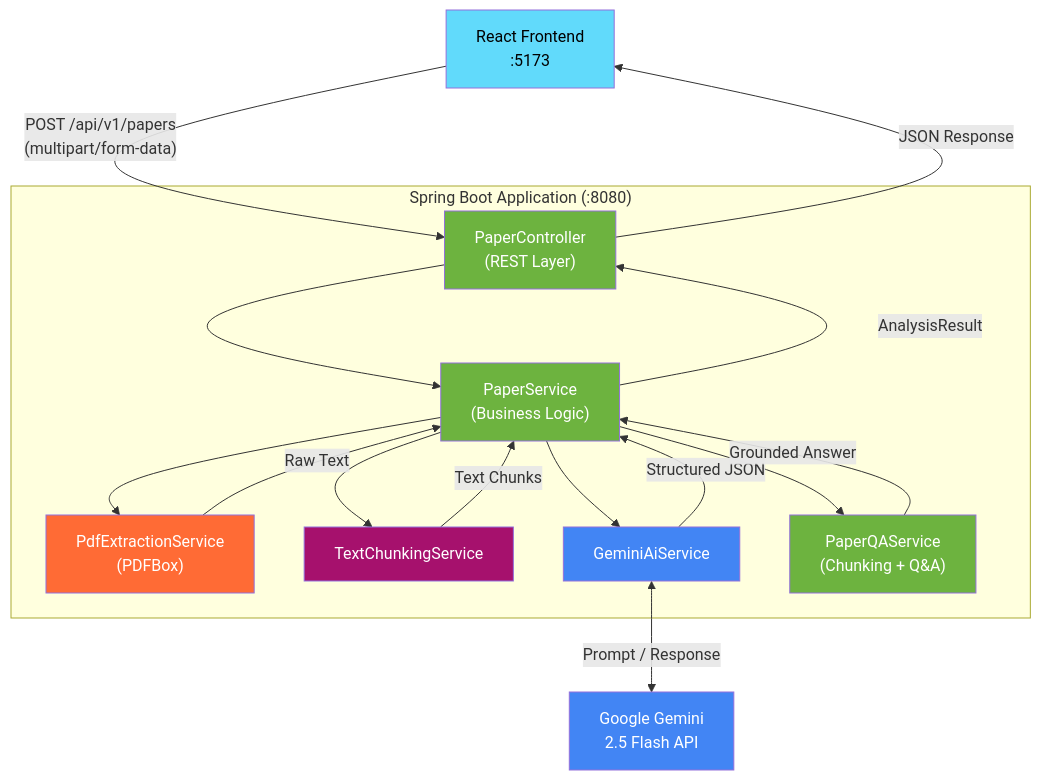
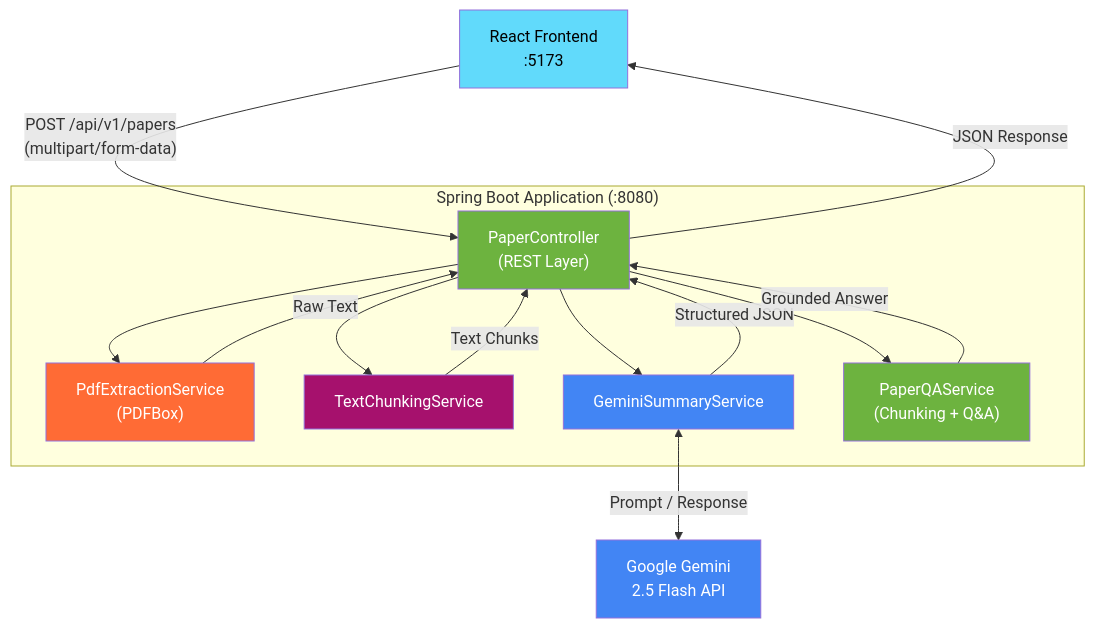
The diagram in papersage_backend/README.md (aRod209/papersage), drawn with Mermaid before and after one commit.

````diff
--- a/papersage_backend/README.md
+++ b/papersage_backend/README.md
@@ -25,32 +25,29 @@
 ```mermaid
 graph TD
     Client["React Frontend<br/>:5173"] -->|"POST /api/v1/papers<br/>(multipart/form-data)"| Controller
 
     subgraph "Spring Boot Application (:8080)"
         Controller["PaperController<br/>(REST Layer)"]
-        Controller --> PaperService["PaperService<br/>(Business Logic)"]
-        PaperService --> PDFService["PdfExtractionService<br/>(PDFBox)"]
-        PaperService --> ChunkService["TextChunkingService"]
-        PaperService --> AIService["GeminiAiService"]
-        PaperService --> QAService["PaperQAService<br/>(Chunking + Q&A)"]
+        Controller --> PDFService["PdfExtractionService<br/>(PDFBox)"]
+        Controller --> ChunkService["TextChunkingService"]
+        Controller --> AIService["GeminiSummaryService"]
+        Controller --> QAService["PaperQAService<br/>(Chunking + Q&A)"]
     end
 
-    PDFService -->|"Raw Text"| PaperService
-    ChunkService -->|"Text Chunks"| PaperService
-    AIService -->|"Structured JSON"| PaperService
-    QAService -->|"Grounded Answer"| PaperService
+    PDFService -->|"Raw Text"| Controller
+    ChunkService -->|"Text Chunks"| Controller
+    AIService -->|"Structured JSON"| Controller
+    QAService -->|"Grounded Answer"| Controller
 
     AIService <-->|"Prompt / Response"| Gemini["Google Gemini<br/>2.5 Flash API"]
 
-    PaperService -->|"AnalysisResult"| Controller
     Controller -->|"JSON Response"| Client
 
     style Client fill:#61DAFB,color:#000
     style Gemini fill:#4285F4,color:#fff
     style Controller fill:#6DB33F,color:#fff
-    style PaperService fill:#6DB33F,color:#fff
     style PDFService fill:#ff6b35,color:#fff
     style ChunkService fill:#a6116d,color:#fff
     style AIService fill:#4285F4,color:#fff
     style QAService fill:#6DB33F,color:#fff
 ```
````
